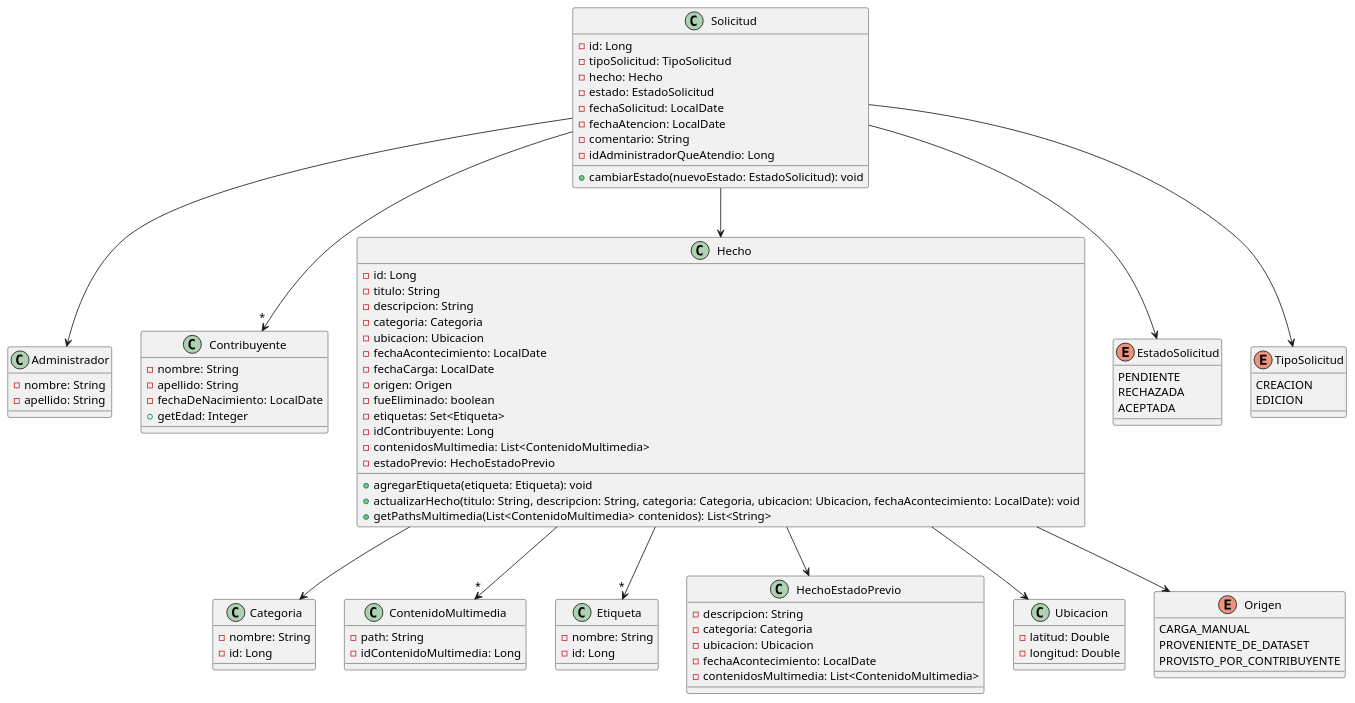
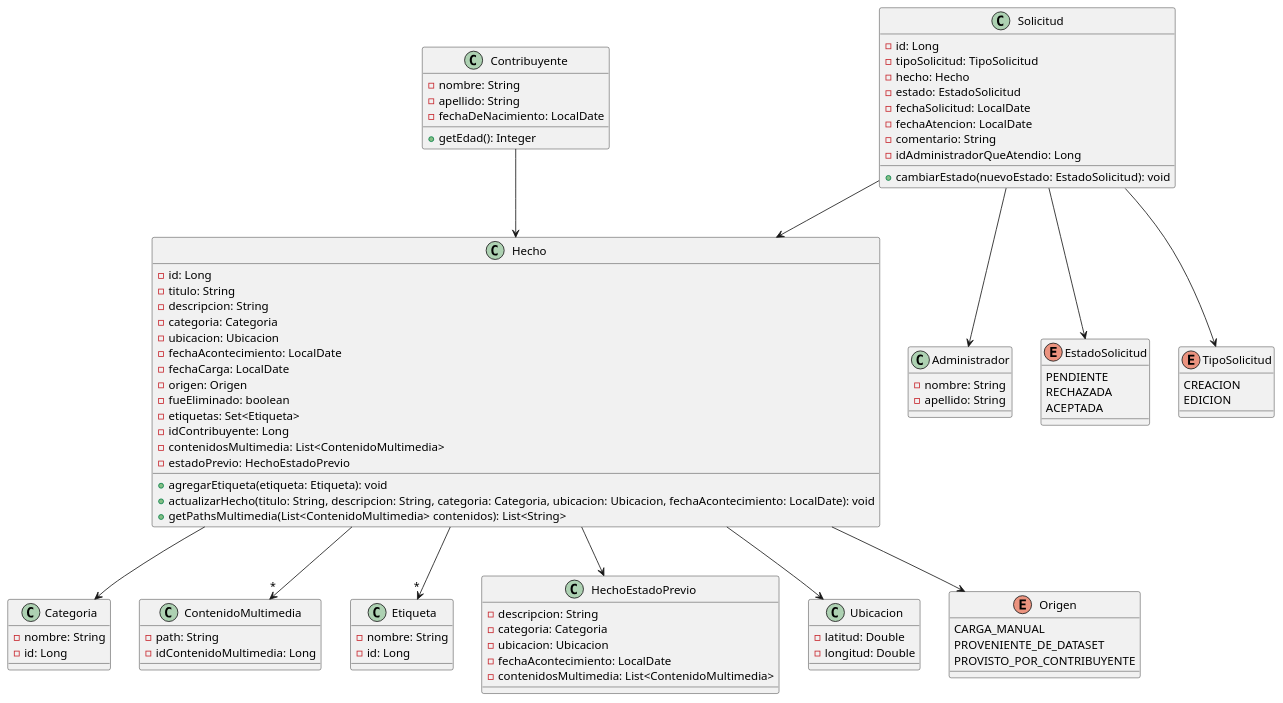
One commit to MarianelaBen/MetaMapa-Collaborative-System changed the diagram in fuenteDinamica/Diagrama de clases Fuente Dinamica.puml. Above: the diagram before and after it, drawn with PlantUML. The commit also changed 1 other file, not shown here.

Commit message:
correcion diagrama final

```diff
--- a/fuenteDinamica/Diagrama de clases Fuente Dinamica.puml
+++ b/fuenteDinamica/Diagrama de clases Fuente Dinamica.puml
@@ -1,104 +1,104 @@
 @startuml
 
 class Categoria {
     - nombre: String
     - id: Long
 }
 
 class ContenidoMultimedia {
     - path: String
     - idContenidoMultimedia: Long
 }
 
 class Administrador {
     - nombre: String
     - apellido: String
 }
 
 class Contribuyente {
     - nombre: String
     - apellido: String
     - fechaDeNacimiento: LocalDate
-    + getEdad: Integer
+    + getEdad(): Integer
 }
 
 class Etiqueta {
     - nombre: String
     - id: Long
 }
 
 class Hecho {
     - id: Long
     - titulo: String
     - descripcion: String
     - categoria: Categoria
     - ubicacion: Ubicacion
     - fechaAcontecimiento: LocalDate
     - fechaCarga: LocalDate
     - origen: Origen
     - fueEliminado: boolean
     - etiquetas: Set<Etiqueta>
     - idContribuyente: Long
     - contenidosMultimedia: List<ContenidoMultimedia>
     - estadoPrevio: HechoEstadoPrevio
 
     + agregarEtiqueta(etiqueta: Etiqueta): void
     + actualizarHecho(titulo: String, descripcion: String, categoria: Categoria, ubicacion: Ubicacion, fechaAcontecimiento: LocalDate): void
     + getPathsMultimedia(List<ContenidoMultimedia> contenidos): List<String>
 }
 
 class HechoEstadoPrevio {
     - descripcion: String
     - categoria: Categoria
     - ubicacion: Ubicacion
     - fechaAcontecimiento: LocalDate
     - contenidosMultimedia: List<ContenidoMultimedia>
 }
 
 class Solicitud {
     - id: Long
     - tipoSolicitud: TipoSolicitud
     - hecho: Hecho
     - estado: EstadoSolicitud
     - fechaSolicitud: LocalDate
     - fechaAtencion: LocalDate
     - comentario: String
     - idAdministradorQueAtendio: Long
     + cambiarEstado(nuevoEstado: EstadoSolicitud): void
 }
 
 class Ubicacion {
     - latitud: Double
     - longitud: Double
 }
 
 enum EstadoSolicitud {
     PENDIENTE
     RECHAZADA
     ACEPTADA
 }
 
 enum Origen {
   CARGA_MANUAL
   PROVENIENTE_DE_DATASET
   PROVISTO_POR_CONTRIBUYENTE
 }
 
 enum TipoSolicitud {
   CREACION
   EDICION
 }
 
 Hecho --> Origen
 Hecho --> "*" Etiqueta
 Solicitud --> Hecho
 Solicitud --> EstadoSolicitud
 Solicitud --> Administrador
-Solicitud --> "*" Contribuyente
+Contribuyente --> Hecho
 Hecho --> Ubicacion
 Hecho --> Categoria
 Hecho --> "*" ContenidoMultimedia
 Hecho --> HechoEstadoPrevio
 Solicitud --> TipoSolicitud
 
 @enduml
```
